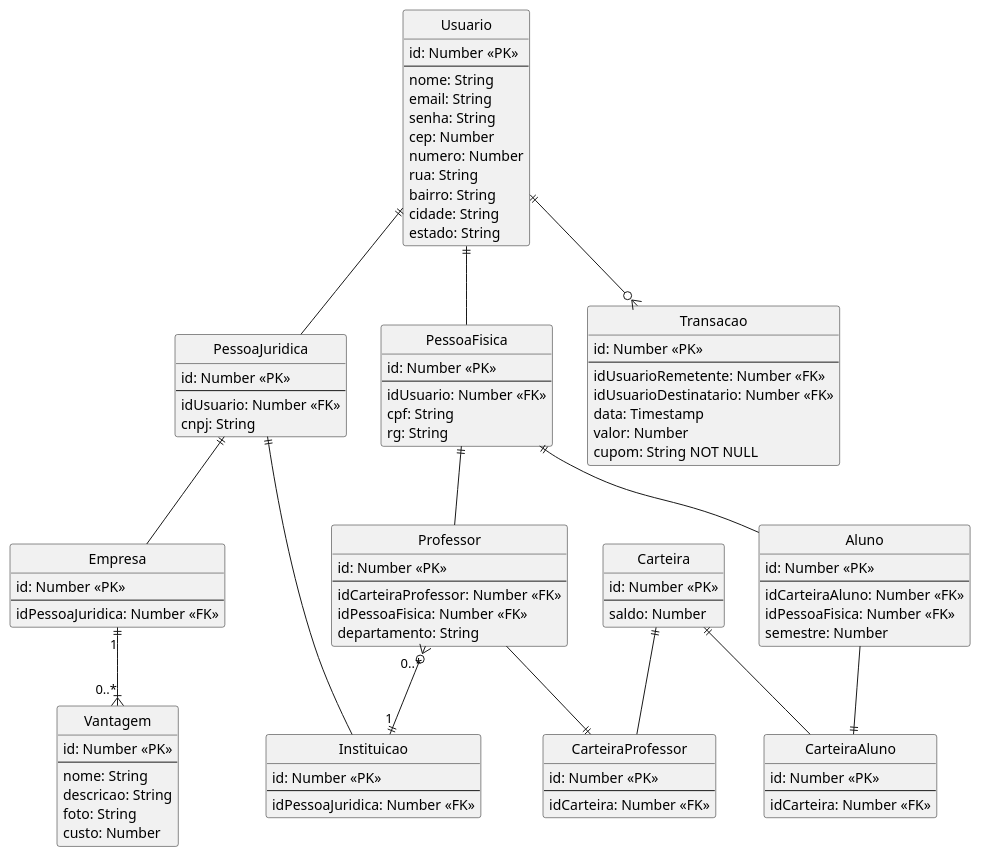
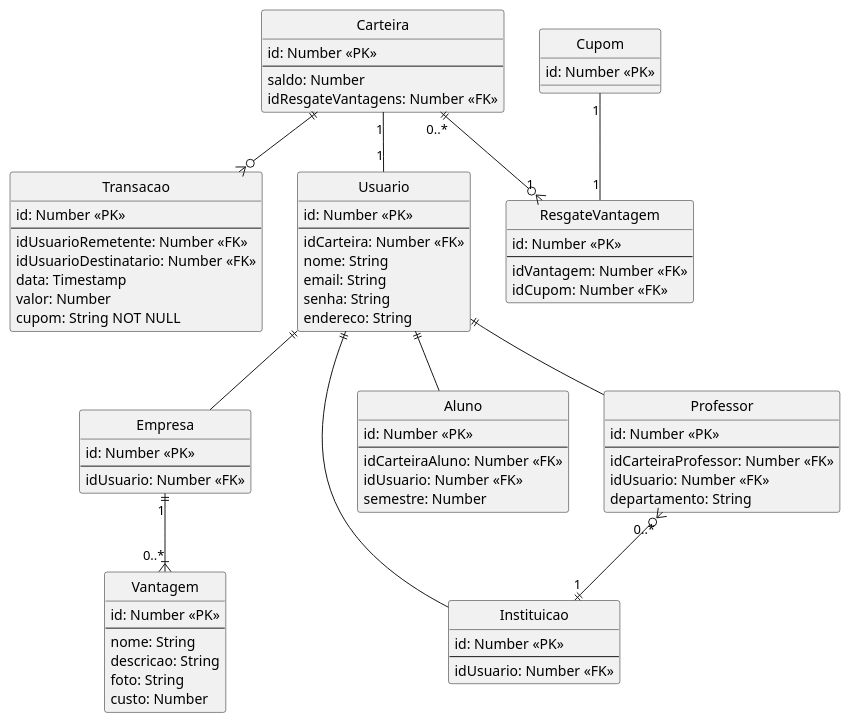
The diagram in laboratorio-4/sprint-3/projeto/plantuml/DER.plantuml (G4BR-13-L/lab-desenvolvimento-de-software), drawn with PlantUML before and after one commit. The commit also changed 6 other files, not shown here.

Commit message:
Atualização dos diagramas

```diff
--- a/laboratorio-4/sprint-3/projeto/plantuml/DER.plantuml
+++ b/laboratorio-4/sprint-3/projeto/plantuml/DER.plantuml
@@ -1,125 +1,102 @@
 @startuml DER
 
 skinparam classAttributeIconSize 0
 hide circle
 
 entity Usuario {
     id: Number <<PK>>
     ---
+    idCarteira: Number <<FK>>
     nome: String
     email: String
     senha: String
-    cep: Number
-    numero: Number
-    rua: String
-    bairro: String
-    cidade: String
-    estado: String
-}
-
-entity PessoaFisica {
-    id: Number <<PK>>
-    ---
-    idUsuario: Number <<FK>>
-    cpf: String
-    rg: String
-}
-
-entity PessoaJuridica {
-    id: Number <<PK>>
-    ---
-    idUsuario: Number <<FK>>
-    cnpj: String
+    endereco: String
 }
 
 entity Instituicao {
     id: Number <<PK>>
     ---
-    idPessoaJuridica: Number <<FK>>
+    idUsuario: Number <<FK>>
 }
 
 entity Empresa {
     id: Number <<PK>>
     ---
-    idPessoaJuridica: Number <<FK>>
+    idUsuario: Number <<FK>>
 }
 
 entity Aluno {
     id: Number <<PK>>
     ---
     idCarteiraAluno: Number <<FK>>
-    idPessoaFisica: Number <<FK>>
+    idUsuario: Number <<FK>>
     semestre: Number
 }
 
 entity Professor {
     id: Number <<PK>>
     ---
     idCarteiraProfessor: Number <<FK>>
-    idPessoaFisica: Number <<FK>>
+    idUsuario: Number <<FK>>
     departamento: String
 }
 
 entity Transacao {
     id: Number <<PK>>
     ---
     idUsuarioRemetente: Number <<FK>>
     idUsuarioDestinatario: Number <<FK>>
     data: Timestamp
     valor: Number
     cupom: String NOT NULL
 }
 
 entity Vantagem {
     id: Number <<PK>>
     ---
     nome: String
     descricao: String
     foto: String
     custo: Number
 }
 
 entity Carteira {
     id: Number <<PK>>
     ---
     saldo: Number
+    idResgateVantagens: Number <<FK>>
 }
 
-entity CarteiraAluno {
+entity ResgateVantagem{
     id: Number <<PK>>
     ---
-    idCarteira: Number <<FK>>
+    idVantagem: Number <<FK>>
+    idCupom: Number <<FK>>
 }
 
-entity CarteiraProfessor {
+entity Cupom{
     id: Number <<PK>>
-    ---
-    idCarteira: Number <<FK>>
 }
 
 '--------------------------------------
 'RELACIONAMENTOS
 '--------------------------------------
 
-Carteira ||-- CarteiraAluno
-Carteira ||-- CarteiraProfessor
 
-Aluno --|| CarteiraAluno
-Professor --|| CarteiraProfessor
 
 Empresa "1" ||--|{ "0..*" Vantagem
 
-Usuario ||--o{ Transacao
+Cupom "1"--"1" ResgateVantagem
 
-Usuario ||-- PessoaFisica
-Usuario ||-- PessoaJuridica
+Carteira ||--o{ Transacao
+Carteira "0..*"||--o{"1" ResgateVantagem
 
-PessoaJuridica ||-- Empresa
-PessoaJuridica ||-- Instituicao
-
-PessoaFisica ||-- Aluno
-PessoaFisica ||-- Professor
+Usuario ||-- Professor
+Usuario ||-- Aluno
+Usuario ||-- Instituicao
+Usuario ||-- Empresa
 
 Professor "0..*" }o--|| "1" Instituicao
+Carteira "1" -- "1" Usuario
 
 @enduml
```
